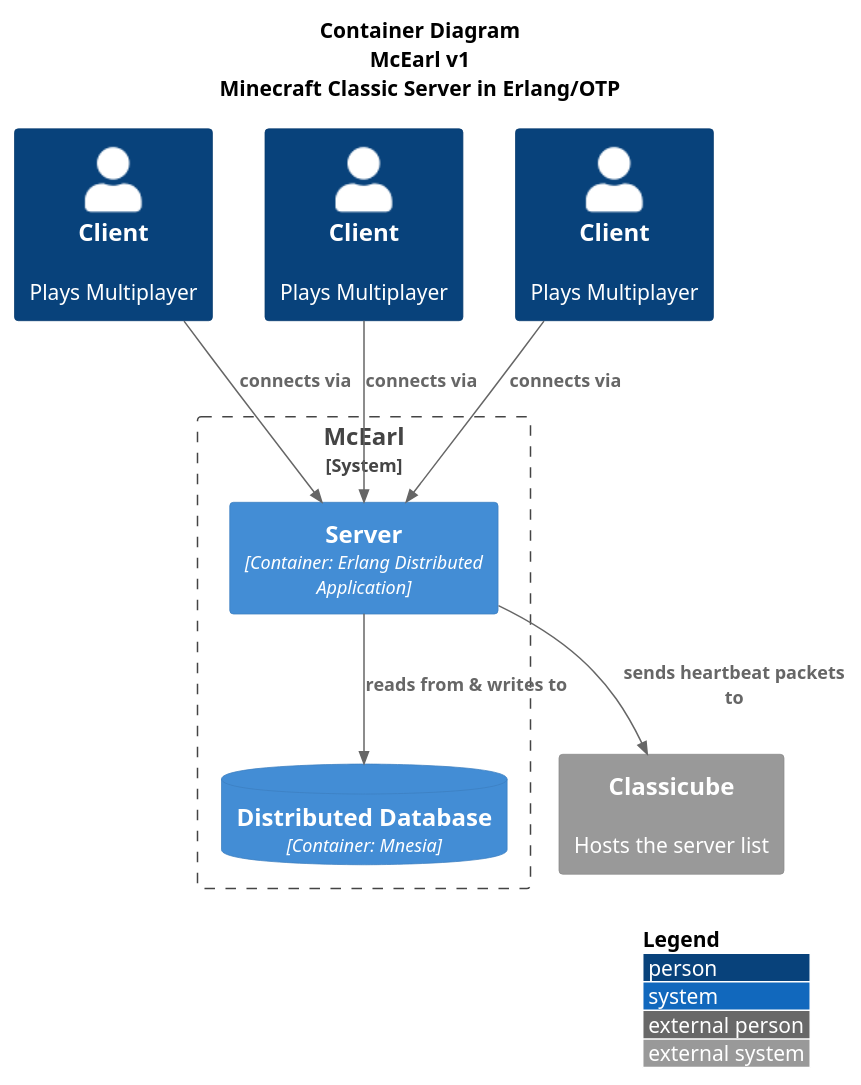
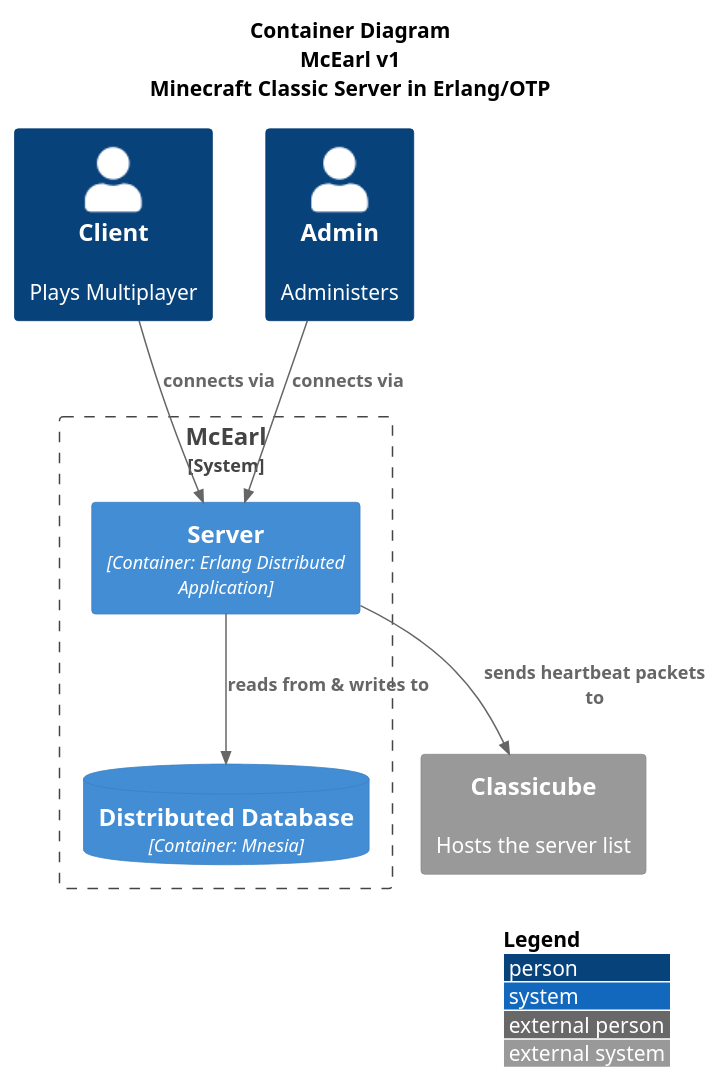
The diagram in dox/diagrams/c2-mcearl-v1.puml (OT7EtoYoshimura/mcearl), drawn with PlantUML before and after one commit. The commit also changed 2 other files, not shown here.

Commit message:
Update diagrams

```diff
--- a/dox/diagrams/c2-mcearl-v1.puml
+++ b/dox/diagrams/c2-mcearl-v1.puml
@@ -1,28 +1,26 @@
 @startuml mcearl-v1
 
 !include https://raw.githubusercontent.com/plantuml-stdlib/C4-PlantUML/master/C4_Container.puml
 !include https://raw.githubusercontent.com/plantuml-stdlib/C4-PlantUML/master/C4_Component.puml
 !include https://raw.githubusercontent.com/plantuml-stdlib/C4-PlantUML/master/C4_Context.puml
 
 title Container Diagram\nMcEarl v1\nMinecraft Classic Server in Erlang/OTP
 
 AddRelTag("dashed", $lineStyle = DashedLine())
 
-Person(client1, "Client", "Plays Multiplayer")
-Person(client2, "Client", "Plays Multiplayer")
-Person(client3, "Client", "Plays Multiplayer")
+Person(client, "Client", "Plays Multiplayer")
+Person(admin, "Admin", "Administers")
 
 System_Boundary(boundary, "McEarl") {
 	Container(server, "Server", "Container: Erlang Distributed Application")
 	ContainerDb(db, "Distributed Database", "Container: Mnesia")
 }
 System_Ext(classicube, "Classicube", "Hosts the server list")
 
-Rel(client1, server, "connects via", $tags=dashed")
-Rel(client2, server, "connects via", $tags=dashed")
-Rel(client3, server, "connects via", $tags=dashed")
+Rel(client, server, "connects via", $tags=dashed")
+Rel(admin, server, "connects via", $tags=dashed")
 Rel(server, classicube, "sends heartbeat packets to")
 Rel(server, db, "reads from & writes to")
 
 LAYOUT_WITH_LEGEND()
 @enduml
```
